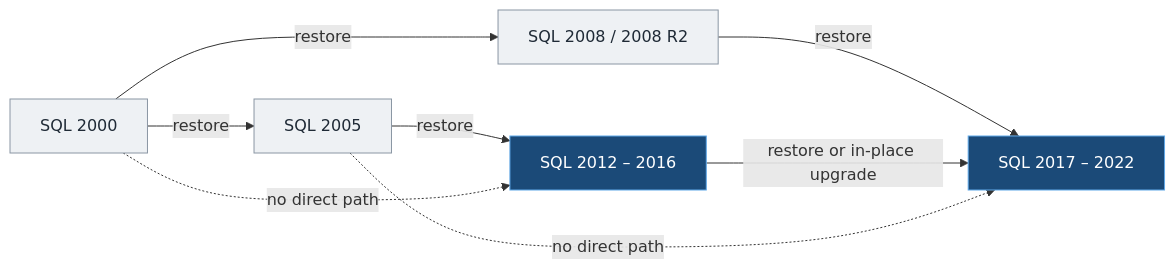
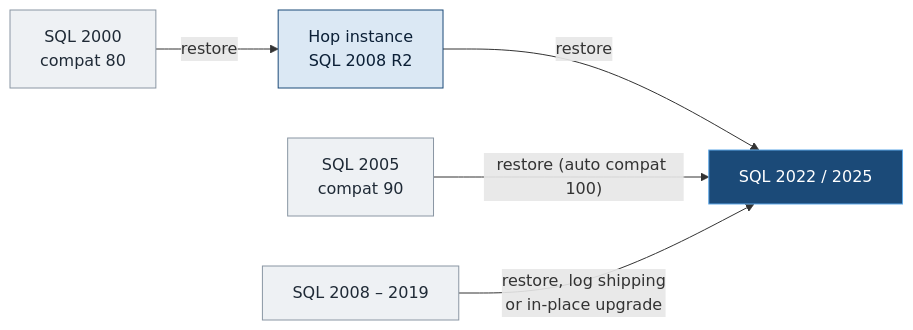
The fourth of 7 diagrams in migration-governance/README.md (theoneakta/ansible), drawn with Mermaid before and after one commit. The commit also changed other lines of this file and 5 other files, not shown here.

````diff
--- a/migration-governance/README.md
+++ b/migration-governance/README.md
@@ -544,15 +568,14 @@
 ```mermaid
 flowchart LR
-    S2000["SQL 2000"] -- "restore" --> S2005["SQL 2005"]
-    S2000 -- "restore" --> S2008["SQL 2008 / 2008 R2"]
-    S2005 -- "restore" --> S2012["SQL 2012 – 2016"]
-    S2008 -- "restore" --> S2017["SQL 2017 – 2022"]
-    S2012 -- "restore or in-place upgrade" --> S2017
-    S2000 -. "no direct path" .-> S2012
-    S2005 -. "no direct path" .-> S2017
+    S2000["SQL 2000<br/>compat 80"] -- "restore" --> HOP["Hop instance<br/>SQL 2008 R2"]
+    HOP -- "restore" --> T["SQL 2022 / 2025"]
+    S2005["SQL 2005<br/>compat 90"] -- "restore (auto compat 100)" --> T
+    S2008["SQL 2008 – 2019"] -- "restore, log shipping<br/>or in-place upgrade" --> T
 
     classDef legacy fill:#eef1f4,stroke:#8a96a3,color:#1f2a36
+    classDef hop fill:#dbe8f4,stroke:#1b4a78,color:#0b1f36
     classDef target fill:#1b4a78,stroke:#5fa8e8,color:#ffffff
     class S2000,S2005,S2008 legacy
-    class S2012,S2017 target
+    class HOP hop
+    class T target
 ```
````
